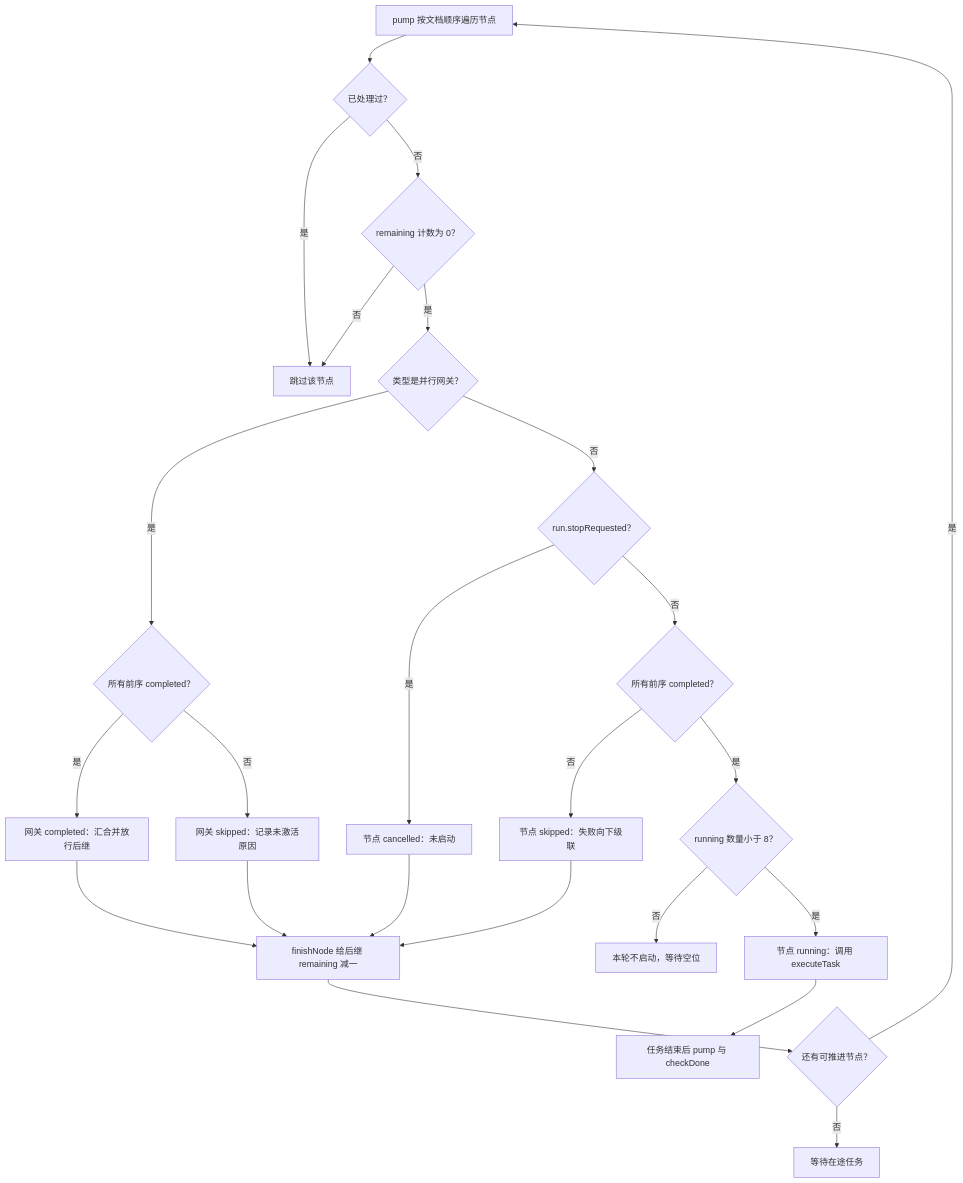
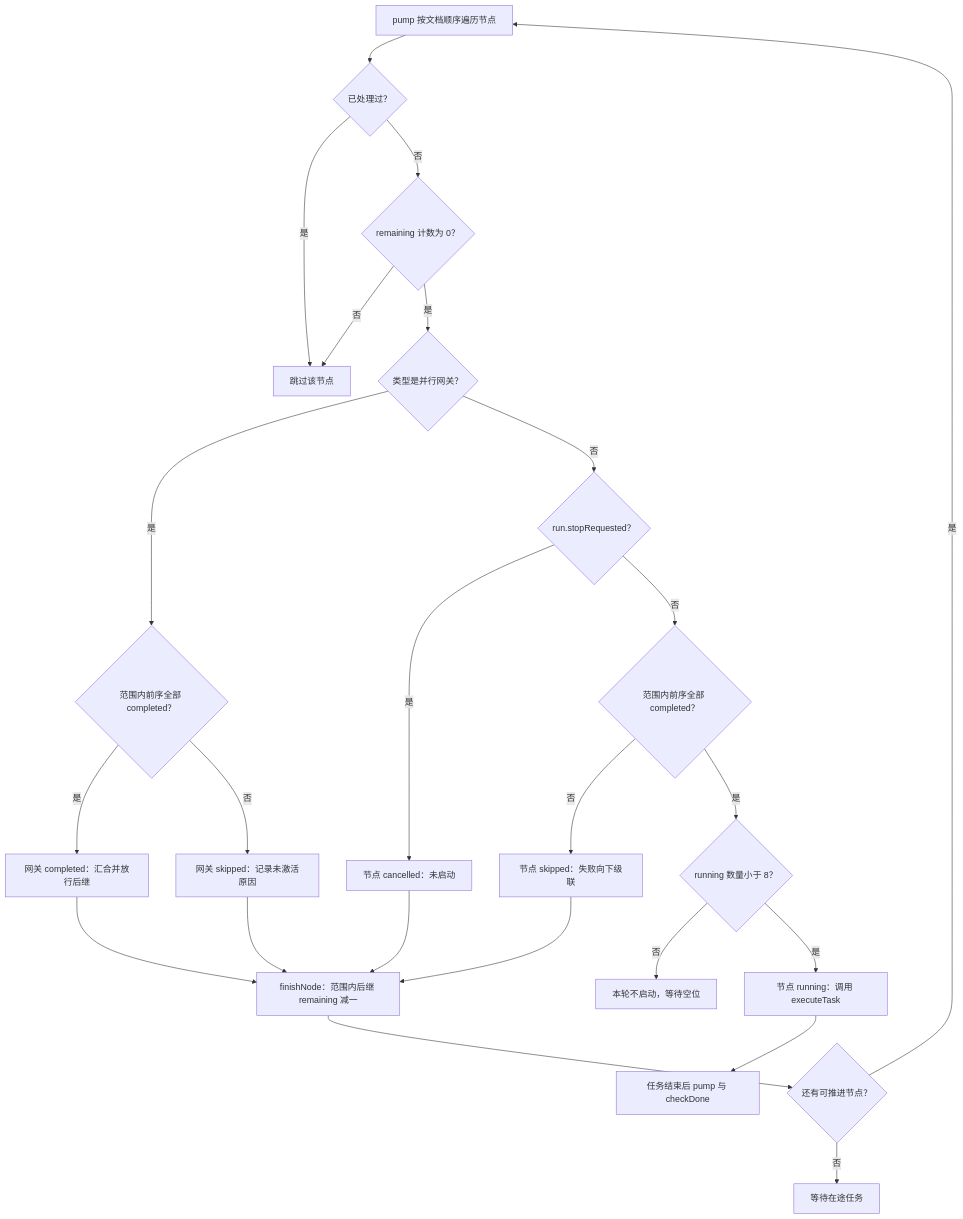
Before and after one commit to czyt1988/dsh-workflow-orchestrator: the first of 3 diagrams in docs/dev/execution-engine.md, drawn with Mermaid. The commit also changed other lines of this file and 32 other files, not shown here.

````diff
--- a/docs/dev/execution-engine.md
+++ b/docs/dev/execution-engine.md
@@ -50,26 +60,26 @@
 ```mermaid
 flowchart TD
   A["pump 按文档顺序遍历节点"] --> B{"已处理过？"}
   B -->|是| Z["跳过该节点"]
   B -->|否| C{"remaining 计数为 0？"}
   C -->|否| Z
   C -->|是| D{"类型是并行网关？"}
-  D -->|是| E{"所有前序 completed？"}
+  D -->|是| E{"范围内前序全部 completed？"}
   E -->|是| F["网关 completed：汇合并放行后继"]
   E -->|否| G["网关 skipped：记录未激活原因"]
   D -->|否| H{"run.stopRequested？"}
   H -->|是| I["节点 cancelled：未启动"]
-  H -->|否| J{"所有前序 completed？"}
+  H -->|否| J{"范围内前序全部 completed？"}
   J -->|否| K["节点 skipped：失败向下级联"]
   J -->|是| L{"running 数量小于 8？"}
   L -->|否| M["本轮不启动，等待空位"]
   L -->|是| N["节点 running：调用 executeTask"]
-  F --> O["finishNode 给后继 remaining 减一"]
+  F --> O["finishNode：范围内后继 remaining 减一"]
   G --> O
   I --> O
   K --> O
   N --> P["任务结束后 pump 与 checkDone"]
   O --> Q{"还有可推进节点？"}
   Q -->|是| A
   Q -->|否| R["等待在途任务"]
 ```
````
